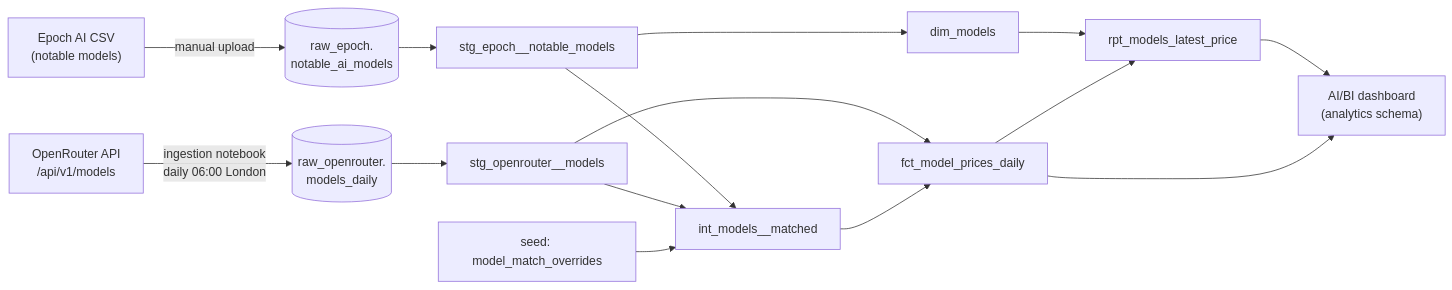
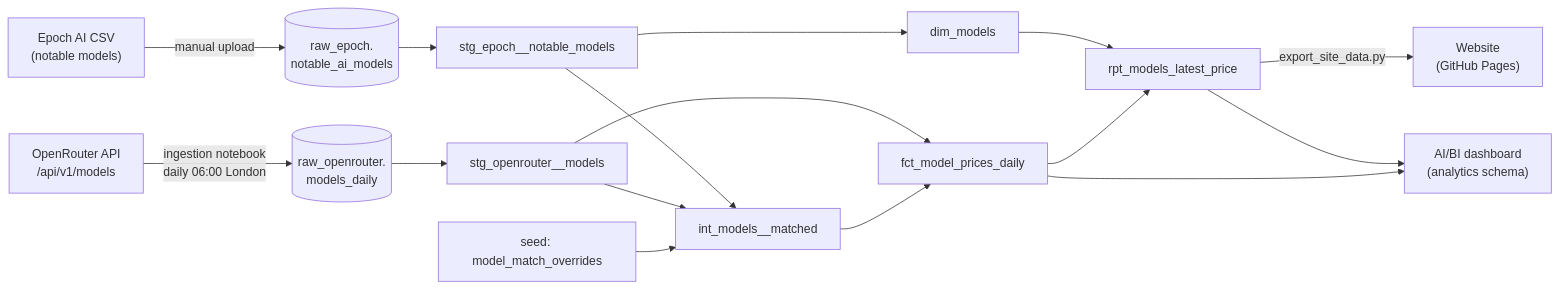
One commit to Nicholas-create/dbt-databricks-sandbox changed the diagram in README.md. Above: the diagram before and after it, drawn with Mermaid. The commit also changed other lines of this file and 10 other files, not shown here.

First line of the commit message:
Add portfolio website published to GitHub Pages

````diff
--- a/README.md
+++ b/README.md
@@ -40,22 +44,23 @@
 ```mermaid
 flowchart LR
     epoch_csv["Epoch AI CSV<br/>(notable models)"] -->|manual upload| raw_epoch[("raw_epoch.<br/>notable_ai_models")]
     or_api["OpenRouter API<br/>/api/v1/models"] -->|"ingestion notebook<br/>daily 06:00 London"| raw_or[("raw_openrouter.<br/>models_daily")]
 
     raw_epoch --> stg_epoch["stg_epoch__notable_models"]
     raw_or --> stg_or["stg_openrouter__models"]
 
     stg_epoch --> int_matched["int_models__matched"]
     stg_or --> int_matched
     seed["seed: model_match_overrides"] --> int_matched
 
     stg_epoch --> dim["dim_models"]
     stg_or --> fct["fct_model_prices_daily"]
     int_matched --> fct
 
     dim --> rpt["rpt_models_latest_price"]
     fct --> rpt
 
+    rpt -->|export_site_data.py| site["Website<br/>(GitHub Pages)"]
     rpt --> dash["AI/BI dashboard<br/>(analytics schema)"]
     fct --> dash
 ```
````
